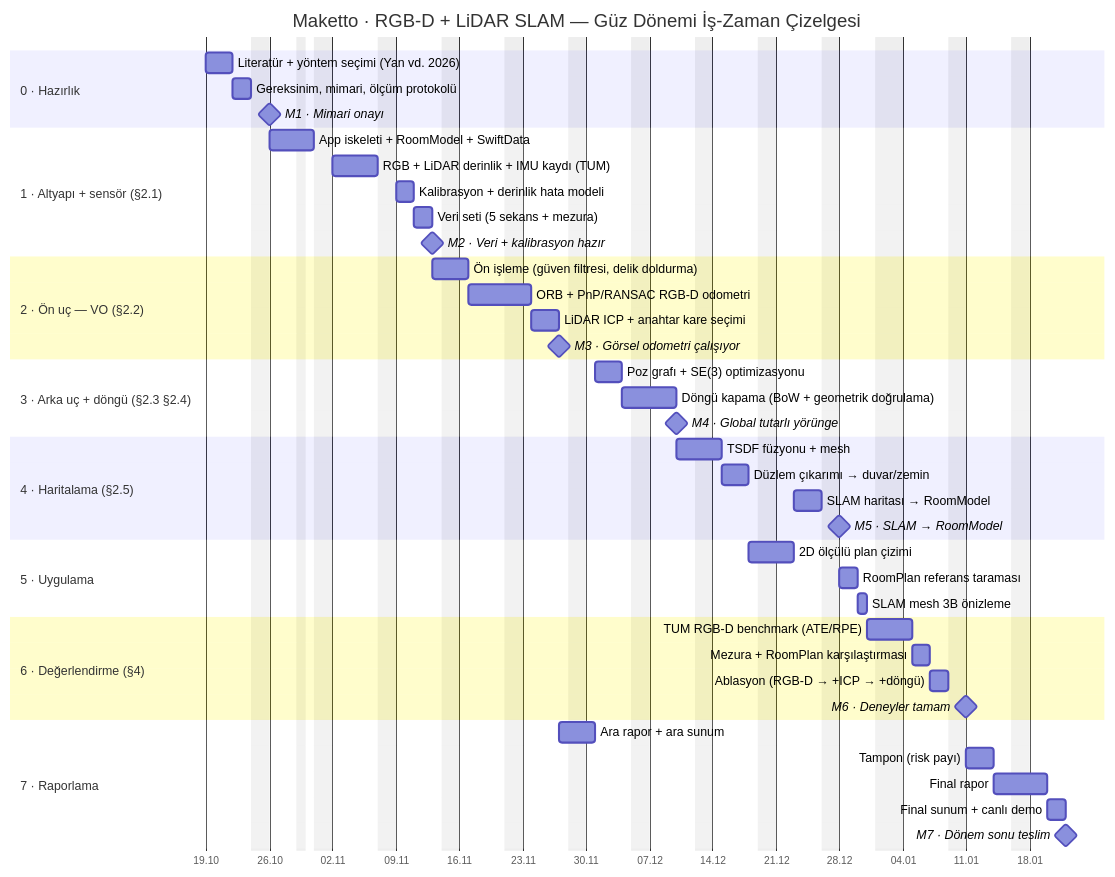
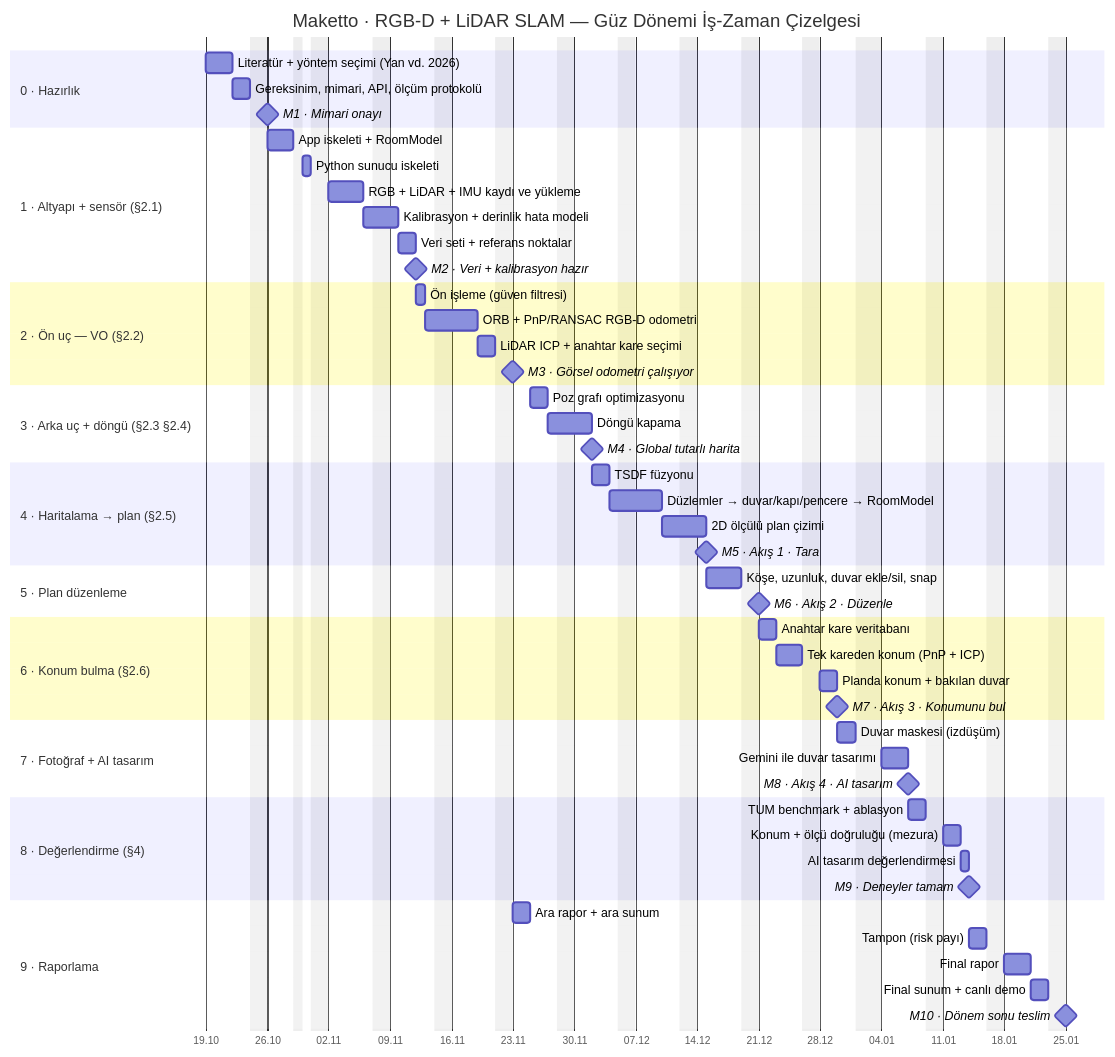
The second of 2 diagrams in GANTT.md (ismetaba/Maketto), drawn with Mermaid before and after one commit. The commit also changed other lines of this file and 1 other file, not shown here.

First line of the commit message:
Re-plan the semester Gantt around the scan-to-AI-design flow

````diff
--- a/GANTT.md
+++ b/GANTT.md
@@ -31,57 +52,68 @@
 ```mermaid
 %%{init: {"gantt": {"leftPadding": 190, "barHeight": 20, "barGap": 5, "fontSize": 12, "sectionFontSize": 12, "numberSectionStyles": 4}}}%%
 gantt
     title Maketto · RGB-D + LiDAR SLAM — Güz Dönemi İş-Zaman Çizelgesi
     dateFormat YYYY-MM-DD
     axisFormat %d.%m
     tickInterval 1week
     weekday monday
     excludes weekends, 2026-10-29, 2027-01-01
 
     section 0 · Hazırlık
     Literatür + yöntem seçimi (Yan vd. 2026)   :lit, 2026-10-19, 3d
-    Gereksinim, mimari, ölçüm protokolü        :req, after lit, 2d
+    Gereksinim, mimari, API, ölçüm protokolü   :req, after lit, 2d
     M1 · Mimari onayı                          :milestone, m1, after req, 0d
 
     section 1 · Altyapı + sensör (§2.1)
-    App iskeleti + RoomModel + SwiftData       :f0, after m1, 4d
-    RGB + LiDAR derinlik + IMU kaydı (TUM)     :cap, after f0, 5d
+    App iskeleti + RoomModel                   :f0, after m1, 3d
+    Python sunucu iskeleti                     :srv, after f0, 1d
+    RGB + LiDAR + IMU kaydı ve yükleme         :cap, after srv, 4d
     Kalibrasyon + derinlik hata modeli         :calib, after cap, 2d
-    Veri seti (5 sekans + mezura)              :data, after calib, 2d
+    Veri seti + referans noktalar              :data, after calib, 2d
     M2 · Veri + kalibrasyon hazır              :milestone, m2, after data, 0d
 
     section 2 · Ön uç — VO (§2.2)
-    Ön işleme (güven filtresi, delik doldurma) :pre, after m2, 2d
-    ORB + PnP/RANSAC RGB-D odometri            :vo, after pre, 5d
-    LiDAR ICP + anahtar kare seçimi            :icp, after vo, 3d
+    Ön işleme (güven filtresi)                 :pre, after m2, 1d
+    ORB + PnP/RANSAC RGB-D odometri            :vo, after pre, 4d
+    LiDAR ICP + anahtar kare seçimi            :icp, after vo, 2d
     M3 · Görsel odometri çalışıyor             :milestone, m3, after icp, 0d
 
     section 3 · Arka uç + döngü (§2.3 §2.4)
-    Poz grafı + SE(3) optimizasyonu            :pg, after int, 3d
-    Döngü kapama (BoW + geometrik doğrulama)   :lc, after pg, 4d
-    M4 · Global tutarlı yörünge                :milestone, m4, after lc, 0d
+    Poz grafı optimizasyonu                    :pg, after int, 2d
+    Döngü kapama                               :lc, after pg, 3d
+    M4 · Global tutarlı harita                 :milestone, m4, after lc, 0d
 
-    section 4 · Haritalama (§2.5)
-    TSDF füzyonu + mesh                        :tsdf, after m4, 3d
-    Düzlem çıkarımı → duvar/zemin              :plane, after tsdf, 3d
-    SLAM haritası → RoomModel                  :rm, after f2, 3d
-    M5 · SLAM → RoomModel                      :milestone, m5, after rm, 0d
+    section 4 · Haritalama → plan (§2.5)
+    TSDF füzyonu                               :tsdf, after m4, 2d
+    Düzlemler → duvar/kapı/pencere → RoomModel :walls, after tsdf, 4d
+    2D ölçülü plan çizimi                      :f2, after walls, 3d
+    M5 · Akış 1 · Tara                         :milestone, m5, after f2, 0d
 
-    section 5 · Uygulama
-    2D ölçülü plan çizimi                      :f2, after plane, 3d
-    RoomPlan referans taraması                 :f1, after m5, 2d
-    SLAM mesh 3B önizleme                      :view, after f1, 1d
+    section 5 · Plan düzenleme
+    Köşe, uzunluk, duvar ekle/sil, snap        :f3, after m5, 4d
+    M6 · Akış 2 · Düzenle                      :milestone, m6, after f3, 0d
 
-    section 6 · Değerlendirme (§4)
-    TUM RGB-D benchmark (ATE/RPE)              :bench, after view, 2d
-    Mezura + RoomPlan karşılaştırması          :own, after bench, 2d
-    Ablasyon (RGB-D → +ICP → +döngü)           :abl, after own, 2d
-    M6 · Deneyler tamam                        :milestone, m6, after abl, 0d
+    section 6 · Konum bulma (§2.6)
+    Anahtar kare veritabanı                    :kfdb, after m6, 2d
+    Tek kareden konum (PnP + ICP)              :loc, after kfdb, 3d
+    Planda konum + bakılan duvar               :here, after loc, 2d
+    M7 · Akış 3 · Konumunu bul                 :milestone, m7, after here, 0d
 
-    section 7 · Raporlama
+    section 7 · Fotoğraf + AI tasarım
+    Duvar maskesi (izdüşüm)                    :mask, after m7, 2d
+    Gemini ile duvar tasarımı                  :ai, after mask, 3d
+    M8 · Akış 4 · AI tasarım                   :milestone, m8, after ai, 0d
+
+    section 8 · Değerlendirme (§4)
+    TUM benchmark + ablasyon                   :bench, after m8, 2d
+    Konum + ölçü doğruluğu (mezura)            :reval, after bench, 2d
+    AI tasarım değerlendirmesi                 :aieval, after reval, 1d
+    M9 · Deneyler tamam                        :milestone, m9, after aieval, 0d
+
+    section 9 · Raporlama
     Ara rapor + ara sunum                      :int, after m3, 2d
-    Tampon (risk payı)                         :buf, after m6, 3d
-    Final rapor                                :final, after buf, 4d
+    Tampon (risk payı)                         :buf, after m9, 2d
+    Final rapor                                :final, after buf, 3d
     Final sunum + canlı demo                   :demo, after final, 2d
-    M7 · Dönem sonu teslim                     :milestone, m7, after demo, 0d
+    M10 · Dönem sonu teslim                    :milestone, m10, after demo, 0d
 ```
````
